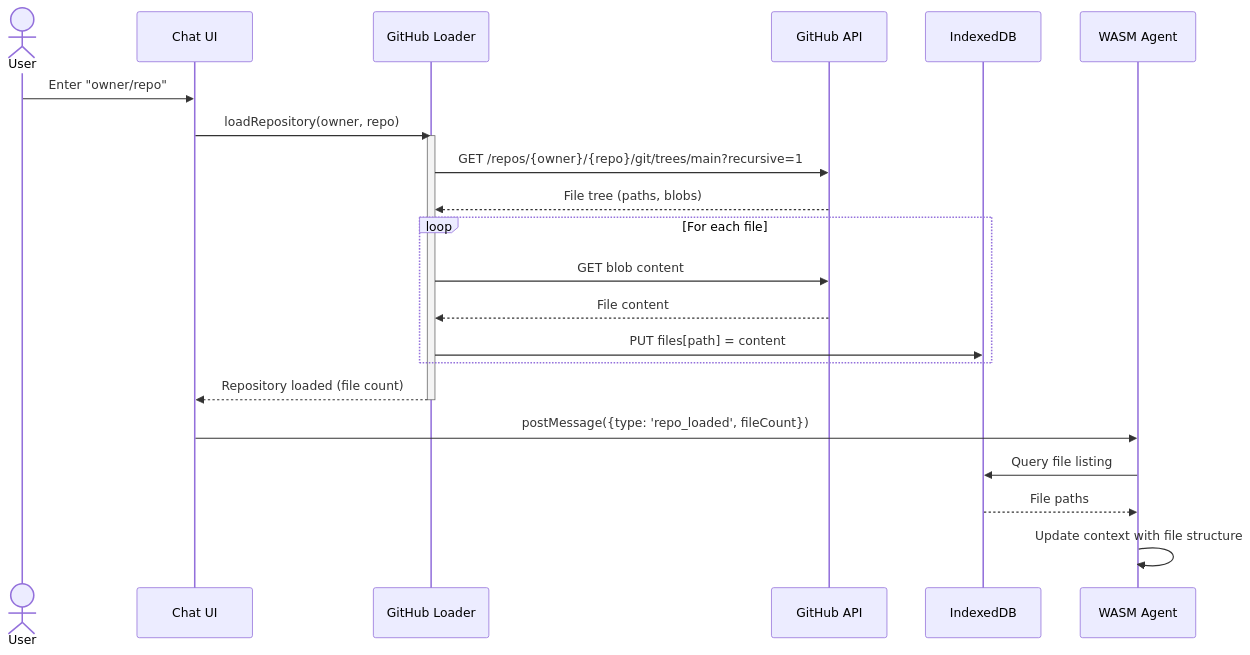
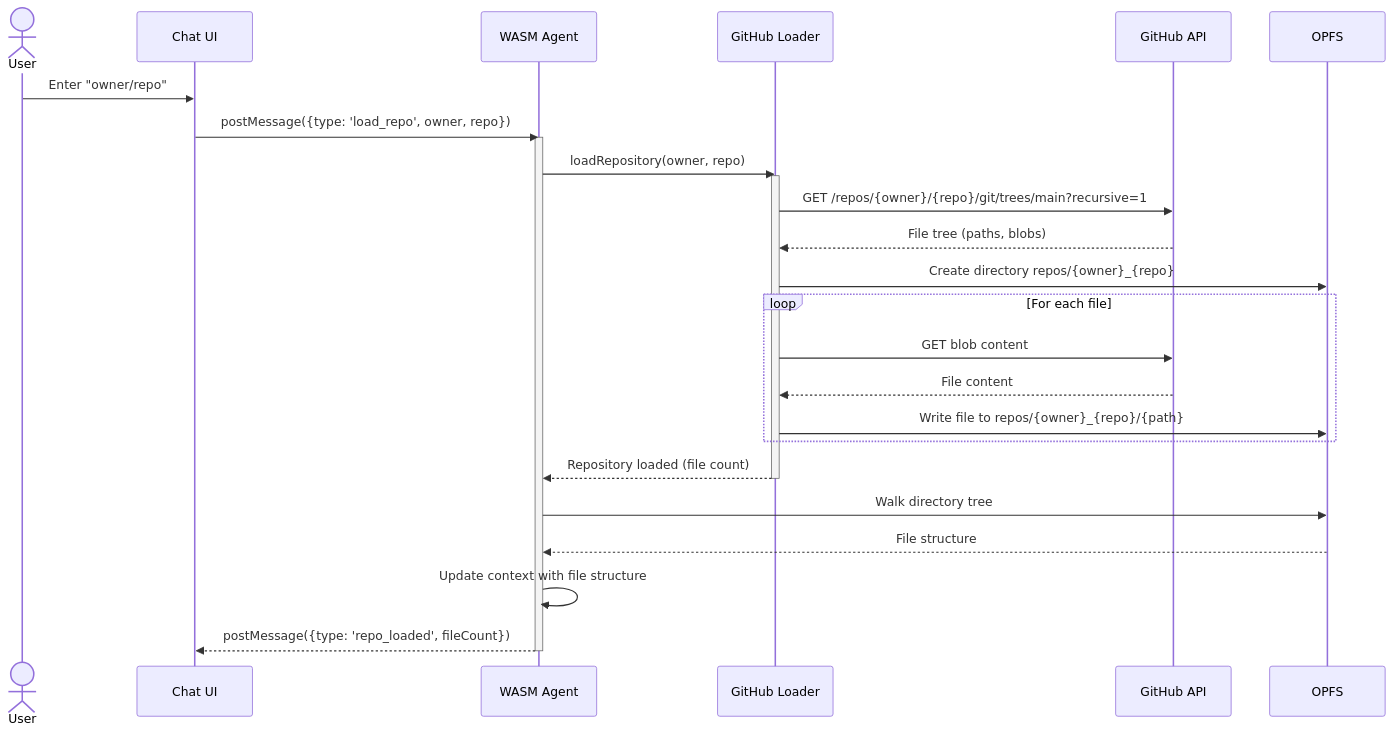
Before and after one commit to weolopez/aardvark: the seventh of 8 diagrams in ARCHITECTURE.md, drawn with Mermaid. The commit also changed other lines of this file, not shown here.

Commit message:
feat: Update architecture documentation to reflect OPFS integration and tool approval workflow

````diff
--- a/ARCHITECTURE.md
+++ b/ARCHITECTURE.md
@@ -450,33 +546,38 @@
 ```mermaid
 sequenceDiagram
     actor User
     participant UI as Chat UI
+    participant Agent as WASM Agent
     participant GL as GitHub Loader
     participant GH as GitHub API
-    participant DB as IndexedDB
-    participant Agent as WASM Agent
+    participant OPFS as OPFS
     
     User->>UI: Enter "owner/repo"
     
-    UI->>GL: loadRepository(owner, repo)
+    UI->>Agent: postMessage({type: 'load_repo', owner, repo})
+    activate Agent
+    
+    Agent->>GL: loadRepository(owner, repo)
     activate GL
     
     GL->>GH: GET /repos/{owner}/{repo}/git/trees/main?recursive=1
     GH-->>GL: File tree (paths, blobs)
     
+    GL->>OPFS: Create directory repos/{owner}_{repo}
+    
     loop For each file
         GL->>GH: GET blob content
         GH-->>GL: File content
-        GL->>DB: PUT files[path] = content
+        GL->>OPFS: Write file to repos/{owner}_{repo}/{path}
     end
     
-    GL-->>UI: Repository loaded (file count)
+    GL-->>Agent: Repository loaded (file count)
     deactivate GL
     
-    UI->>Agent: postMessage({type: 'repo_loaded', fileCount})
-    
-    Agent->>DB: Query file listing
-    DB-->>Agent: File paths
+    Agent->>OPFS: Walk directory tree
+    OPFS-->>Agent: File structure
     
     Agent->>Agent: Update context with file structure
+    Agent-->>UI: postMessage({type: 'repo_loaded', fileCount})
+    deactivate Agent
 ```
````
